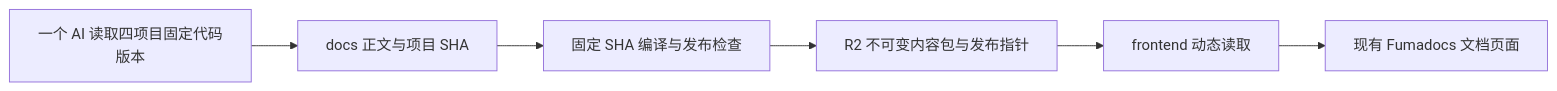
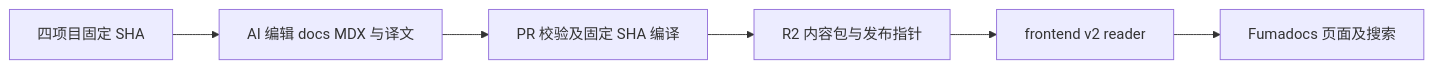
Before and after one commit to cscheap/docs: the diagram in docs/architecture/README.md, drawn with Mermaid. The commit also changed other lines of this file and 33 other files, not shown here.

````diff
--- a/docs/architecture/README.md
+++ b/docs/architecture/README.md
@@ -7,8 +5,8 @@
 ```mermaid
 flowchart LR
-    A[一个 AI 读取四项目固定代码版本] --> B[docs 正文与项目 SHA]
-    B --> C[固定 SHA 编译与发布检查]
-    C --> D[R2 不可变内容包与发布指针]
-    D --> E[frontend 动态读取]
-    E --> F[现有 Fumadocs 文档页面]
+    A[四项目固定 SHA] --> B[AI 编辑 docs MDX 与译文]
+    B --> C[PR 校验及固定 SHA 编译]
+    C --> D[R2 内容包与发布指针]
+    D --> E[frontend v2 reader]
+    E --> F[Fumadocs 页面及搜索]
 ```
````
